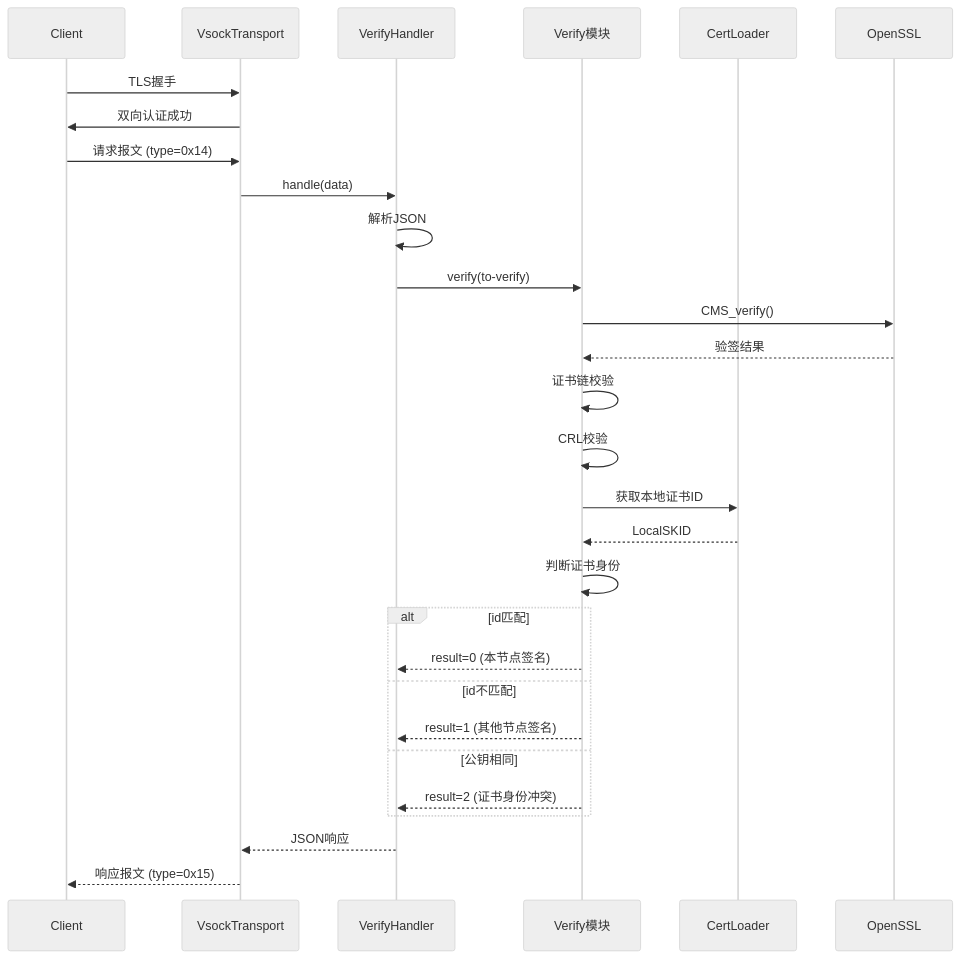
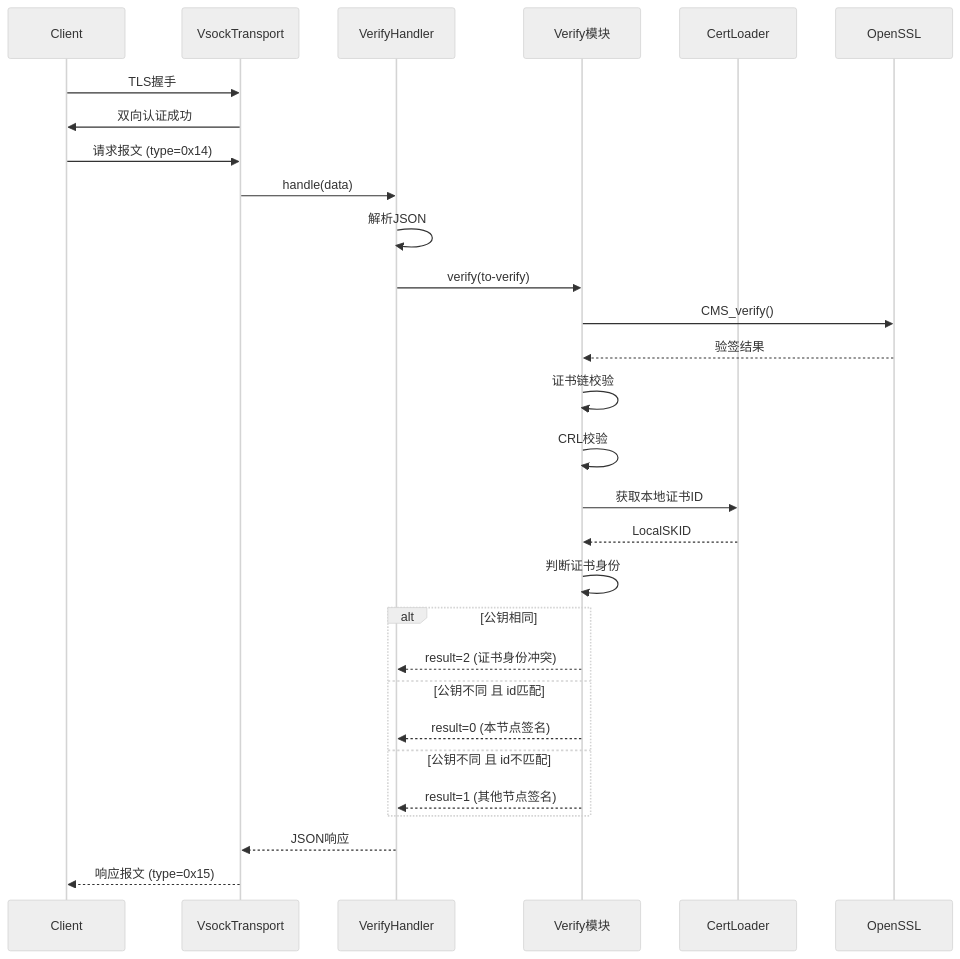
One commit to openeuler-mirror/trustruntime changed the sixth of 14 diagrams in docs/architecture.md. Above: the diagram before and after it, drawn with Mermaid (neutral theme). The commit also changed other lines of this file and 12 other files, not shown here.

First line of the commit message:
docs: update architecture documentation

````diff
--- a/docs/architecture.md
+++ b/docs/architecture.md
@@ -254,38 +258,38 @@
 ```mermaid
 sequenceDiagram
     participant C as Client
     participant VS as VsockTransport
     participant HD as VerifyHandler
     participant VF as Verify模块
     participant CL as CertLoader
     participant SSL as OpenSSL
 
     C->>VS: TLS握手
     VS->>C: 双向认证成功
 
     C->>VS: 请求报文 (type=0x14)
     VS->>HD: handle(data)
 
     HD->>HD: 解析JSON
     HD->>VF: verify(to-verify)
     VF->>SSL: CMS_verify()
     SSL-->>VF: 验签结果
 
     VF->>VF: 证书链校验
     VF->>VF: CRL校验
 
     VF->>CL: 获取本地证书ID
     CL-->>VF: LocalSKID
     VF->>VF: 判断证书身份
 
-    alt id匹配
+    alt 公钥相同
+        VF-->>HD: result=2 (证书身份冲突)
+    else 公钥不同 且 id匹配
         VF-->>HD: result=0 (本节点签名)
-    else id不匹配
+    else 公钥不同 且 id不匹配
         VF-->>HD: result=1 (其他节点签名)
-    else 公钥相同
-        VF-->>HD: result=2 (证书身份冲突)
     end
 
     HD-->>VS: JSON响应
     VS-->>C: 响应报文 (type=0x15)
 ```
````
